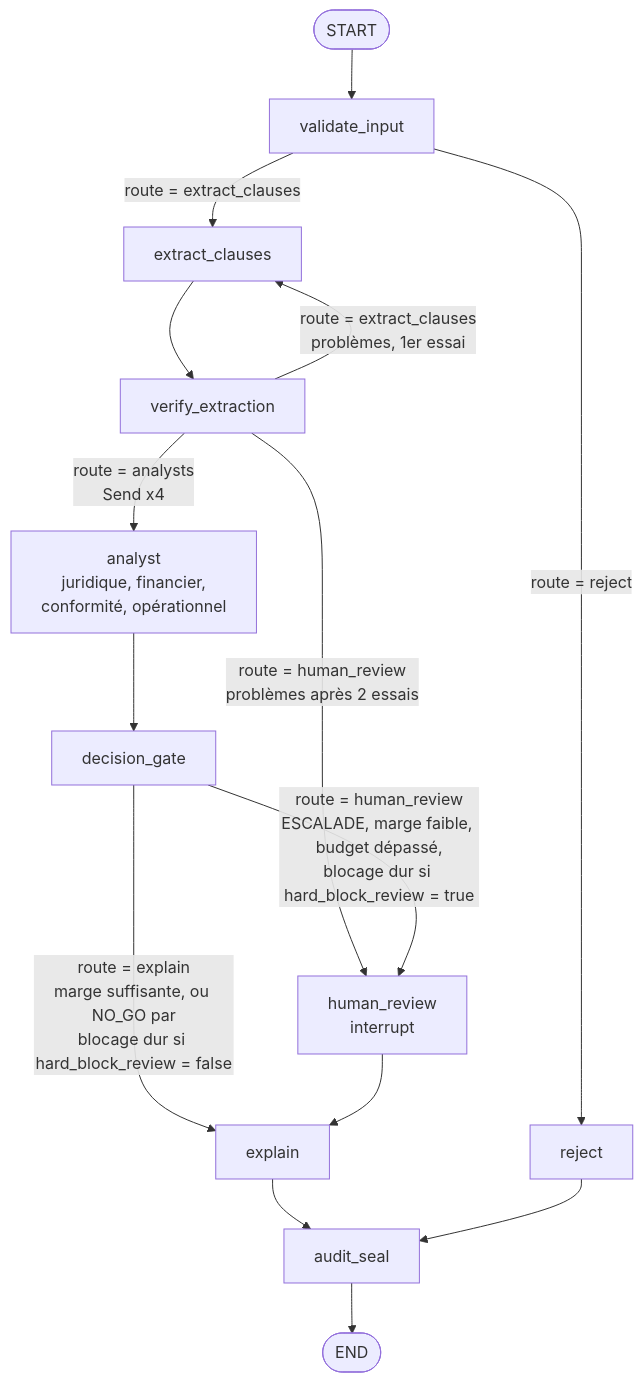
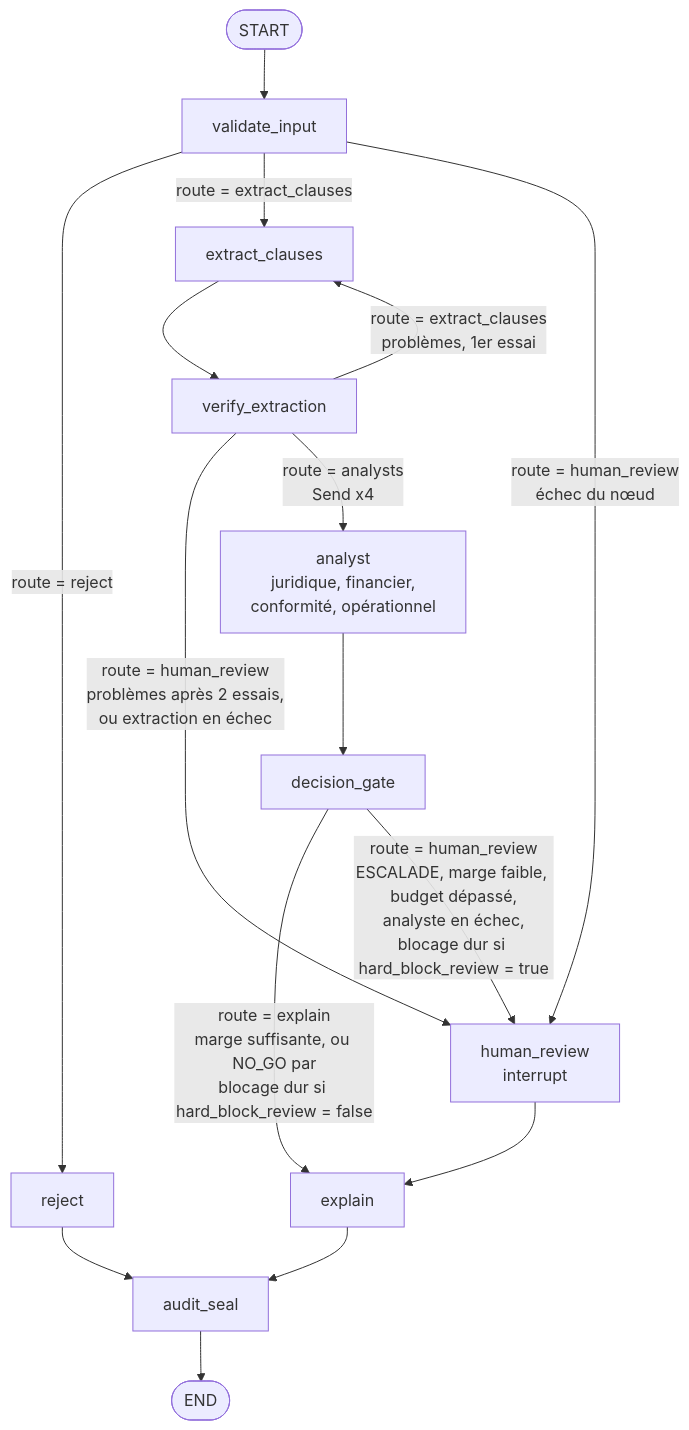
One commit to sifir-gun/contract-decision-graph changed the diagram in docs/spec-phase1.md. Above: the diagram before and after it, drawn with Mermaid. The commit also changed other lines of this file and 16 other files, not shown here.

First line of the commit message:
J3 tâche 10 : gardes d'échec de nœud, reprise des analystes

````diff
--- a/docs/spec-phase1.md
+++ b/docs/spec-phase1.md
@@ -38,17 +38,18 @@
 ```mermaid
 flowchart TD
     S([START]) --> V[validate_input]
     V -->|route = reject| R[reject]
     V -->|route = extract_clauses| X[extract_clauses]
+    V -->|route = human_review<br/>échec du nœud| H
     X --> VX[verify_extraction]
     VX -->|route = extract_clauses<br/>problèmes, 1er essai| X
-    VX -->|route = human_review<br/>problèmes après 2 essais| H
+    VX -->|route = human_review<br/>problèmes après 2 essais,<br/>ou extraction en échec| H
     VX -->|route = analysts<br/>Send x4| A[analyst<br/>juridique, financier,<br/>conformité, opérationnel]
     A --> G[decision_gate]
     G -->|route = explain<br/>marge suffisante, ou NO_GO par<br/>blocage dur si hard_block_review = false| E[explain]
-    G -->|route = human_review<br/>ESCALADE, marge faible, budget dépassé,<br/>blocage dur si hard_block_review = true| H[human_review<br/>interrupt]
+    G -->|route = human_review<br/>ESCALADE, marge faible, budget dépassé,<br/>analyste en échec,<br/>blocage dur si hard_block_review = true| H[human_review<br/>interrupt]
     H --> E
     E --> AU[audit_seal]
     AU --> F([END])
     R --> AU
 ```
````
